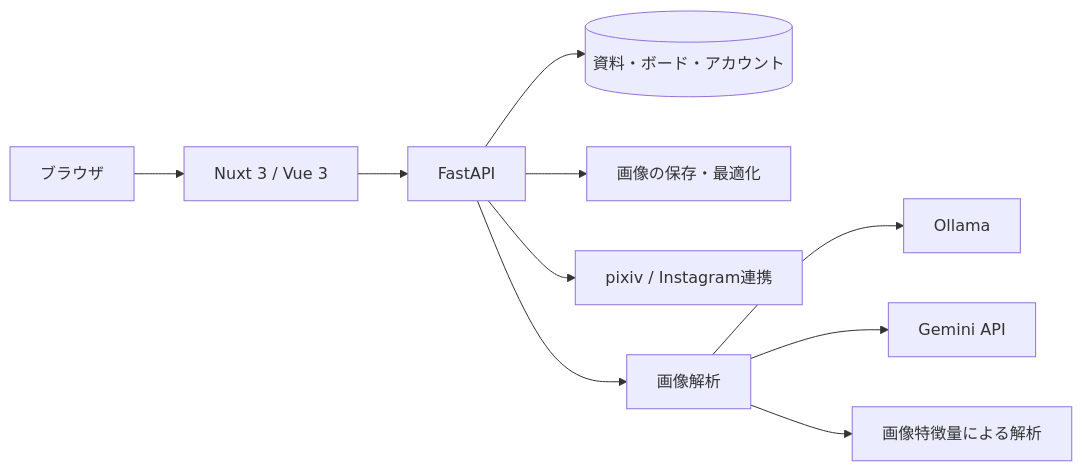
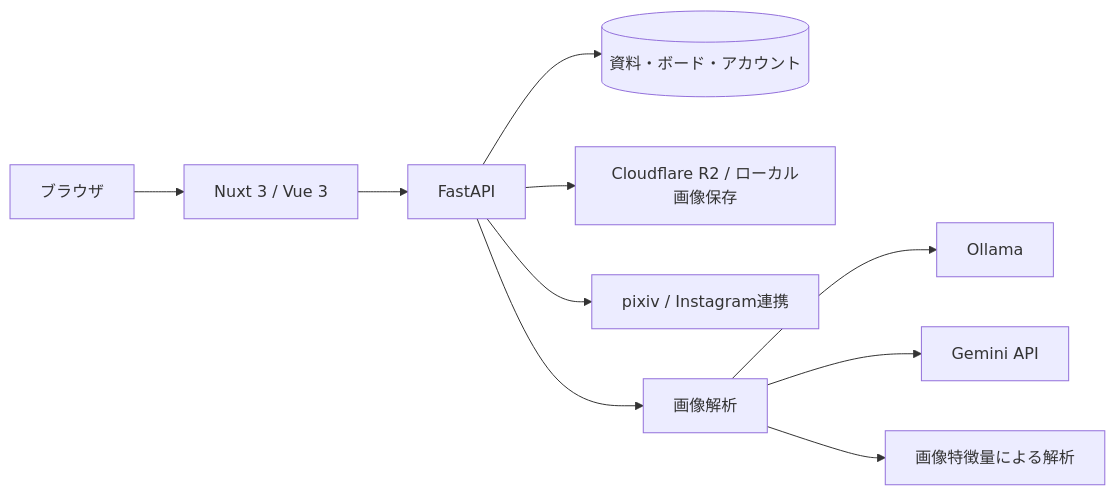
The diagram in README.md (yawara404/RefLens.io), drawn with Mermaid before and after one commit. The commit also changed other lines of this file and 25 other files, not shown here.

````diff
--- a/README.md
+++ b/README.md
@@ -129,12 +129,12 @@
 ```mermaid
 flowchart LR
     User[ブラウザ] --> Front[Nuxt 3 / Vue 3]
     Front --> API[FastAPI]
     API --> DB[(資料・ボード・アカウント)]
-    API --> Images[画像の保存・最適化]
+    API --> Images[Cloudflare R2 / ローカル画像保存]
     API --> External[pixiv / Instagram連携]
     API --> Analysis[画像解析]
     Analysis --> Local[Ollama]
     Analysis --> Cloud[Gemini API]
     Analysis --> Fallback[画像特徴量による解析]
 ```
````
